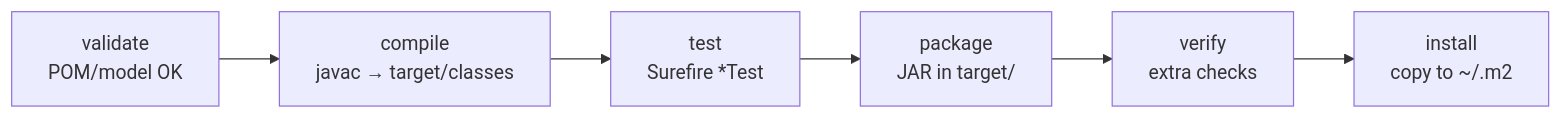
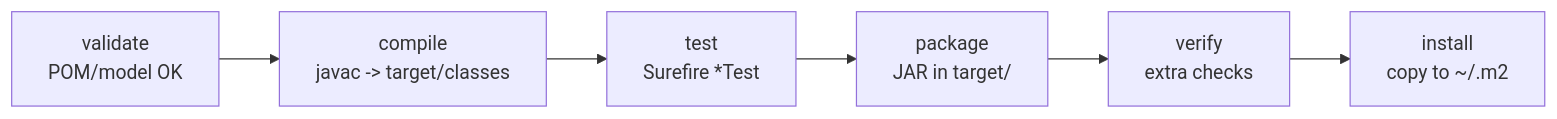
The second of 3 diagrams in labs/Week 2 - Backend, AI Tools and Testing/module-09/lab9/LAB-9-GUIDE.md (pupilliluke/bc-sw-engineer-java-participant), drawn with Mermaid before and after one commit. The commit also changed other lines of this file and 55 other files, not shown here.

Commit message:
Stop publishing local screenshots; harden Mermaid for GitHub; sync only tracked lab files.

````diff
--- a/labs/Week 2 - Backend, AI Tools and Testing/module-09/lab9/LAB-9-GUIDE.md
+++ b/labs/Week 2 - Backend, AI Tools and Testing/module-09/lab9/LAB-9-GUIDE.md
@@ -110,8 +110,8 @@
 ```mermaid
 flowchart LR
-  V["validate<br/>POM/model OK"] --> C["compile<br/>javac → target/classes"]
+  V["validate<br/>POM/model OK"] --> C["compile<br/>javac -> target/classes"]
   C --> T["test<br/>Surefire *Test"]
   T --> P["package<br/>JAR in target/"]
   P --> Ver["verify<br/>extra checks"]
   Ver --> I["install<br/>copy to ~/.m2"]
 ```
````
